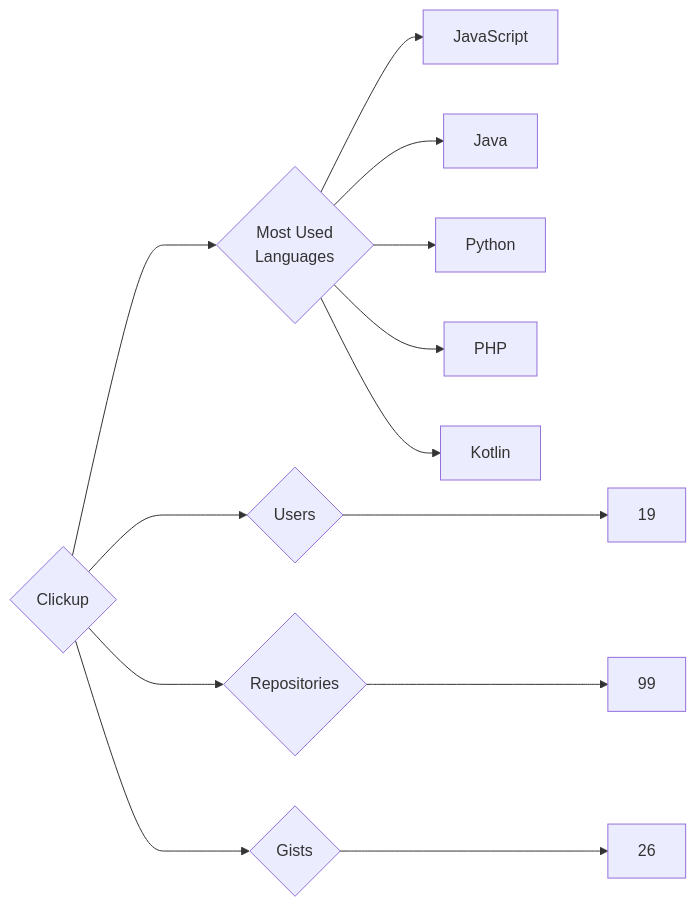
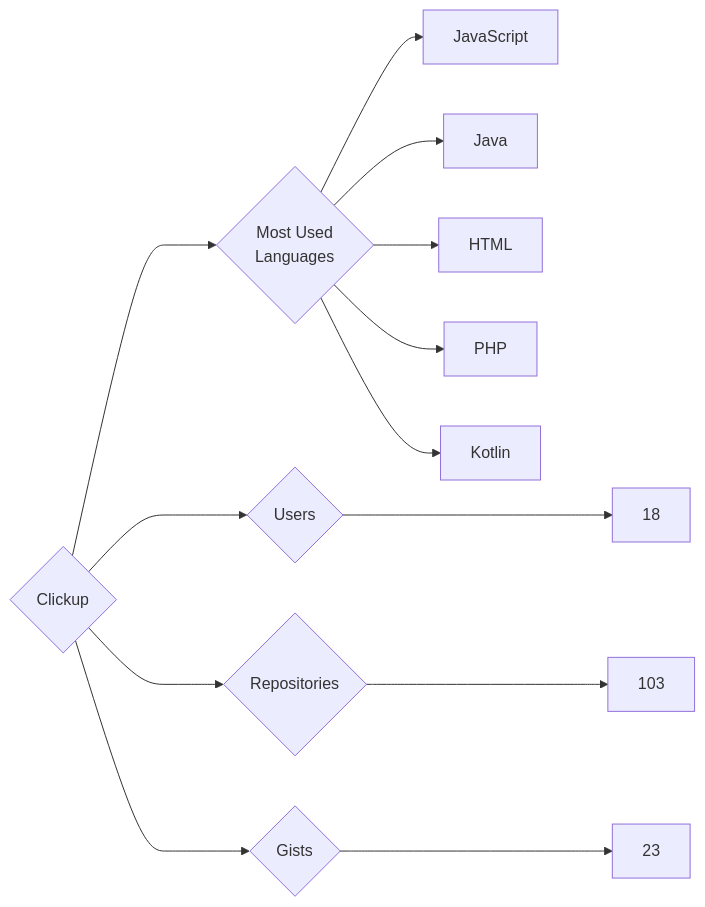
One commit to trickest/insiders changed the diagram in targets/Clickup/README.md. Above: the diagram before and after it, drawn with Mermaid. The commit also changed 610 other files, not shown here.

````diff
--- a/targets/Clickup/README.md
+++ b/targets/Clickup/README.md
@@ -3,13 +3,13 @@
 ```mermaid
 graph LR
 COMPANY_NAME{Clickup}
-COMPANY_NAME ---> U{Users} ---> UN[19]
-COMPANY_NAME ---> R{Repositories} ---> RN[99]
-COMPANY_NAME ---> G{Gists} ---> GN[26]
+COMPANY_NAME ---> U{Users} ---> UN[18]
+COMPANY_NAME ---> R{Repositories} ---> RN[103]
+COMPANY_NAME ---> G{Gists} ---> GN[23]
 COMPANY_NAME ---> ML{Most Used<br>Languages}
 ML --> JavaScript[JavaScript]
 ML --> Java[Java]
-ML --> Python[Python]
+ML --> HTML[HTML]
 ML --> PHP[PHP]
 ML --> Kotlin[Kotlin]
 ```
````
